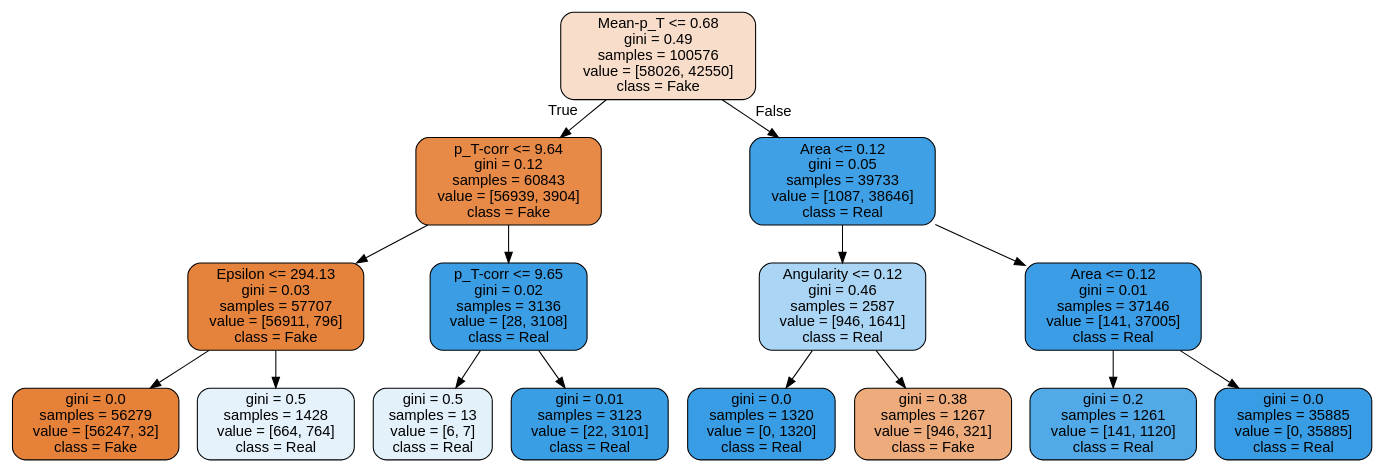
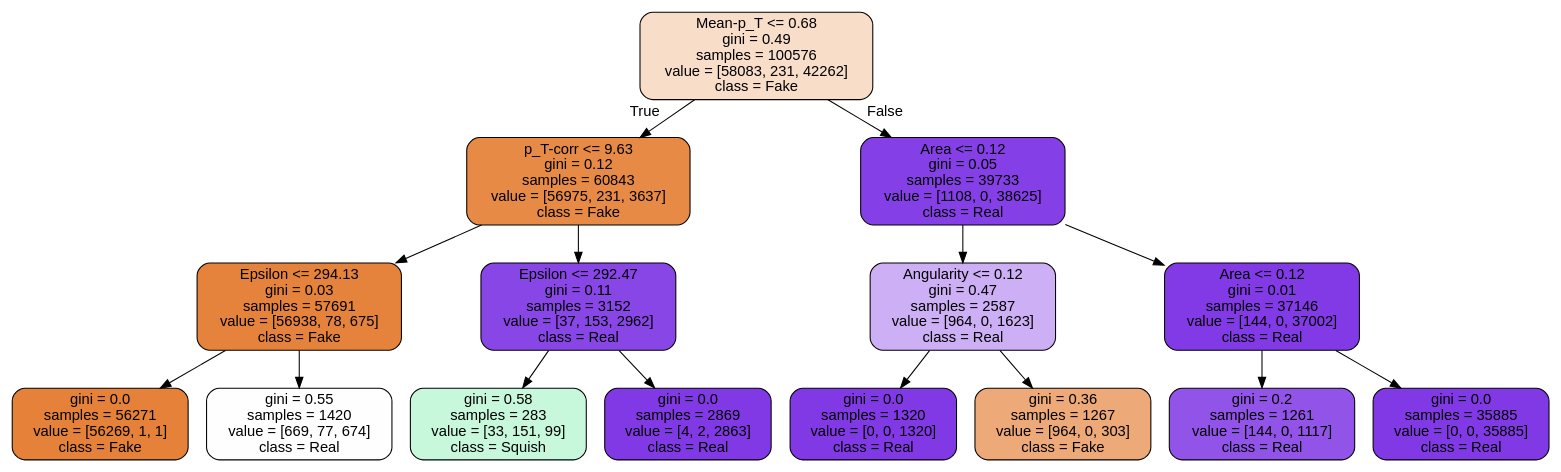
One commit to Steffanic/ML-Jet-BG-Subtraction changed the diagram in Oracles/Oracle_0.2_20.dot. Above: the diagram before and after it, drawn with Graphviz. The commit also changed 282 other files, not shown here.

```diff
--- a/Oracles/Oracle_0.2_20.dot
+++ b/Oracles/Oracle_0.2_20.dot
@@ -1,33 +1,33 @@
 digraph Tree {
 node [shape=box, style="filled, rounded", color="black", fontname=helvetica] ;
 edge [fontname=helvetica] ;
-0 [label="Mean-p_T <= 0.68\ngini = 0.49\nsamples = 100576\nvalue = [58026, 42550]\nclass = Fake", fillcolor="#f8ddca"] ;
-1 [label="p_T-corr <= 9.64\ngini = 0.12\nsamples = 60843\nvalue = [56939, 3904]\nclass = Fake", fillcolor="#e78a47"] ;
+0 [label="Mean-p_T <= 0.68\ngini = 0.49\nsamples = 100576\nvalue = [58083, 231, 42262]\nclass = Fake", fillcolor="#f8ddc9"] ;
+1 [label="p_T-corr <= 9.63\ngini = 0.12\nsamples = 60843\nvalue = [56975, 231, 3637]\nclass = Fake", fillcolor="#e78a46"] ;
 0 -> 1 [labeldistance=2.5, labelangle=45, headlabel="True"] ;
-2 [label="Epsilon <= 294.13\ngini = 0.03\nsamples = 57707\nvalue = [56911, 796]\nclass = Fake", fillcolor="#e5833c"] ;
+2 [label="Epsilon <= 294.13\ngini = 0.03\nsamples = 57691\nvalue = [56938, 78, 675]\nclass = Fake", fillcolor="#e5833c"] ;
 1 -> 2 ;
-3 [label="gini = 0.0\nsamples = 56279\nvalue = [56247, 32]\nclass = Fake", fillcolor="#e58139"] ;
+3 [label="gini = 0.0\nsamples = 56271\nvalue = [56269, 1, 1]\nclass = Fake", fillcolor="#e58139"] ;
 2 -> 3 ;
-4 [label="gini = 0.5\nsamples = 1428\nvalue = [664, 764]\nclass = Real", fillcolor="#e5f2fc"] ;
+4 [label="gini = 0.55\nsamples = 1420\nvalue = [669, 77, 674]\nclass = Real", fillcolor="#fefeff"] ;
 2 -> 4 ;
-5 [label="p_T-corr <= 9.65\ngini = 0.02\nsamples = 3136\nvalue = [28, 3108]\nclass = Real", fillcolor="#3b9ee5"] ;
+5 [label="Epsilon <= 292.47\ngini = 0.11\nsamples = 3152\nvalue = [37, 153, 2962]\nclass = Real", fillcolor="#8946e7"] ;
 1 -> 5 ;
-6 [label="gini = 0.5\nsamples = 13\nvalue = [6, 7]\nclass = Real", fillcolor="#e3f1fb"] ;
+6 [label="gini = 0.58\nsamples = 283\nvalue = [33, 151, 99]\nclass = Squish", fillcolor="#c7f8db"] ;
 5 -> 6 ;
-7 [label="gini = 0.01\nsamples = 3123\nvalue = [22, 3101]\nclass = Real", fillcolor="#3a9ee5"] ;
+7 [label="gini = 0.0\nsamples = 2869\nvalue = [4, 2, 2863]\nclass = Real", fillcolor="#8139e5"] ;
 5 -> 7 ;
-8 [label="Area <= 0.12\ngini = 0.05\nsamples = 39733\nvalue = [1087, 38646]\nclass = Real", fillcolor="#3fa0e6"] ;
+8 [label="Area <= 0.12\ngini = 0.05\nsamples = 39733\nvalue = [1108, 0, 38625]\nclass = Real", fillcolor="#853fe6"] ;
 0 -> 8 [labeldistance=2.5, labelangle=-45, headlabel="False"] ;
-9 [label="Angularity <= 0.12\ngini = 0.46\nsamples = 2587\nvalue = [946, 1641]\nclass = Real", fillcolor="#abd5f4"] ;
+9 [label="Angularity <= 0.12\ngini = 0.47\nsamples = 2587\nvalue = [964, 0, 1623]\nclass = Real", fillcolor="#ccaff4"] ;
 8 -> 9 ;
-10 [label="gini = 0.0\nsamples = 1320\nvalue = [0, 1320]\nclass = Real", fillcolor="#399de5"] ;
+10 [label="gini = 0.0\nsamples = 1320\nvalue = [0, 0, 1320]\nclass = Real", fillcolor="#8139e5"] ;
 9 -> 10 ;
-11 [label="gini = 0.38\nsamples = 1267\nvalue = [946, 321]\nclass = Fake", fillcolor="#eeac7c"] ;
+11 [label="gini = 0.36\nsamples = 1267\nvalue = [964, 0, 303]\nclass = Fake", fillcolor="#eda977"] ;
 9 -> 11 ;
-12 [label="Area <= 0.12\ngini = 0.01\nsamples = 37146\nvalue = [141, 37005]\nclass = Real", fillcolor="#3a9de5"] ;
+12 [label="Area <= 0.12\ngini = 0.01\nsamples = 37146\nvalue = [144, 0, 37002]\nclass = Real", fillcolor="#813ae5"] ;
 8 -> 12 ;
-13 [label="gini = 0.2\nsamples = 1261\nvalue = [141, 1120]\nclass = Real", fillcolor="#52a9e8"] ;
+13 [label="gini = 0.2\nsamples = 1261\nvalue = [144, 0, 1117]\nclass = Real", fillcolor="#9153e8"] ;
 12 -> 13 ;
-14 [label="gini = 0.0\nsamples = 35885\nvalue = [0, 35885]\nclass = Real", fillcolor="#399de5"] ;
+14 [label="gini = 0.0\nsamples = 35885\nvalue = [0, 0, 35885]\nclass = Real", fillcolor="#8139e5"] ;
 12 -> 14 ;
 }
```
